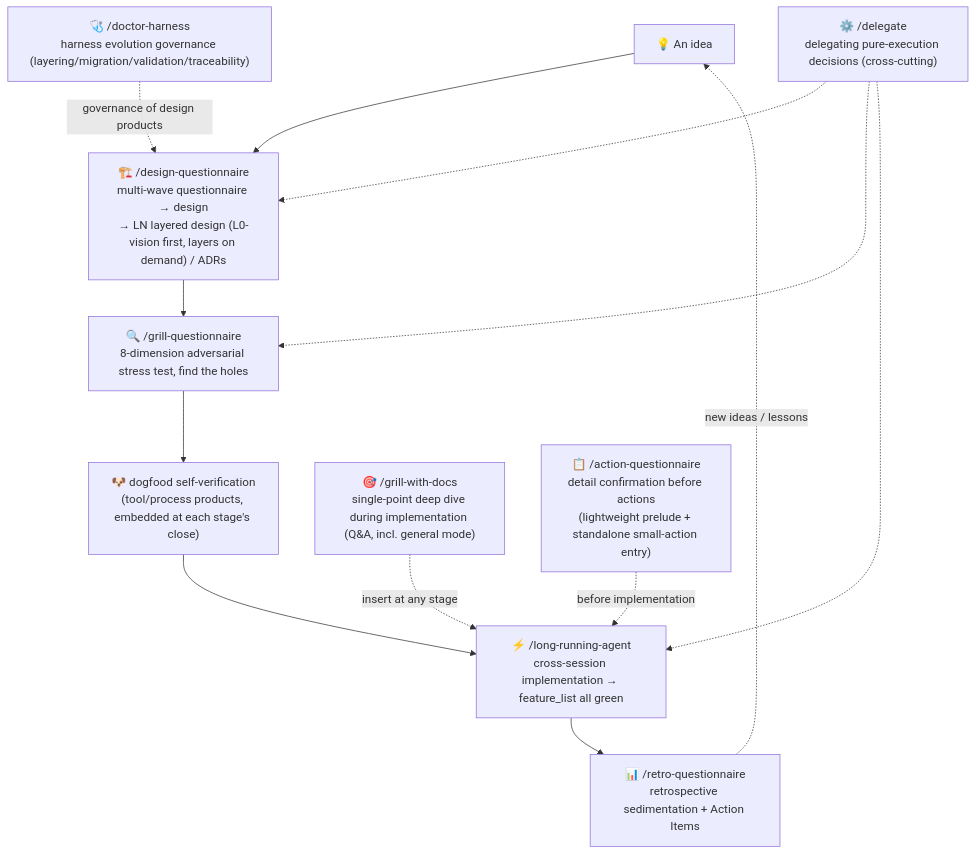
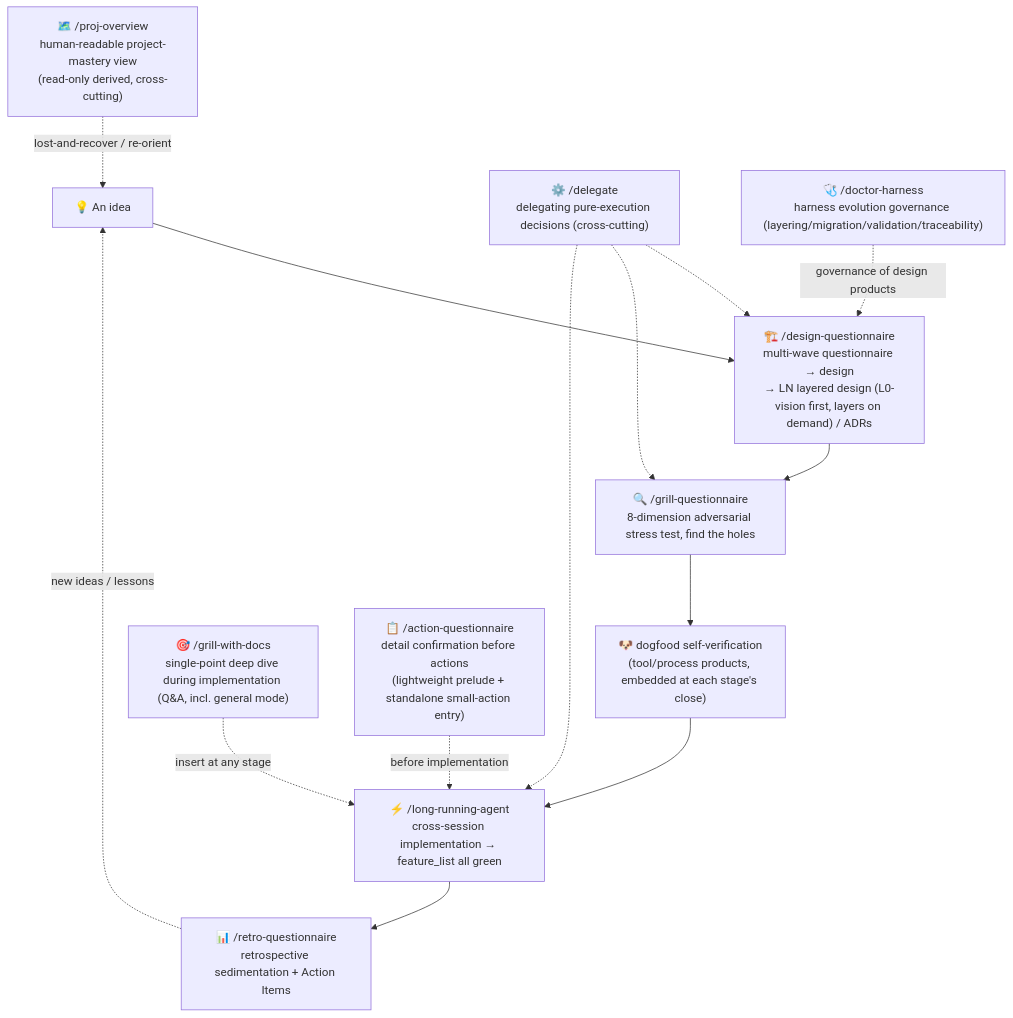
The diagram in en/README.md (code-cycler/info-driven-ai-se-harness-engineering), drawn with Mermaid before and after one commit. The commit also changed other lines of this file and 14 other files, not shown here.

First line of the commit message:
docs: 全仓联动同步至 9 skill(P2/F051)——human-project-view 实现全链收官

````diff
--- a/en/README.md
+++ b/en/README.md
@@ -54,16 +54,17 @@
 ```mermaid
 flowchart TD
     A["💡 An idea"] --> B["🏗️ /design-questionnaire<br/>multi-wave questionnaire → design<br/>→ LN layered design (L0-vision first, layers on demand) / ADRs"]
     B --> C["🔍 /grill-questionnaire<br/>8-dimension adversarial stress test, find the holes"]
     C --> D["🐶 dogfood self-verification<br/>(tool/process products, embedded at each stage's close)"]
     D --> E["⚡ /long-running-agent<br/>cross-session implementation → feature_list all green"]
     E --> F["📊 /retro-questionnaire<br/>retrospective sedimentation + Action Items"]
     F -.->|new ideas / lessons| A
 
     G["🎯 /grill-with-docs<br/>single-point deep dive during implementation (Q&A, incl. general mode)"] -.->|insert at any stage| E
     H["⚙️ /delegate<br/>delegating pure-execution decisions (cross-cutting)"] -.-> B
     H -.-> C
     H -.-> E
     I["📋 /action-questionnaire<br/>detail confirmation before actions<br/>(lightweight prelude + standalone small-action entry)"] -.->|before implementation| E
     J["🩺 /doctor-harness<br/>harness evolution governance (layering/migration/validation/traceability)"] -.->|governance of design products| B
+    K["🗺️ /proj-overview<br/>human-readable project-mastery view<br/>(read-only derived, cross-cutting)"] -.->|lost-and-recover / re-orient| A
 ```
````
